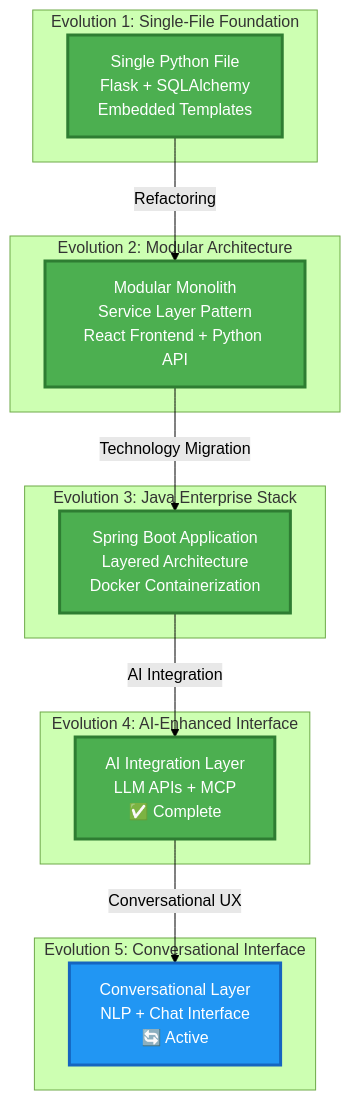
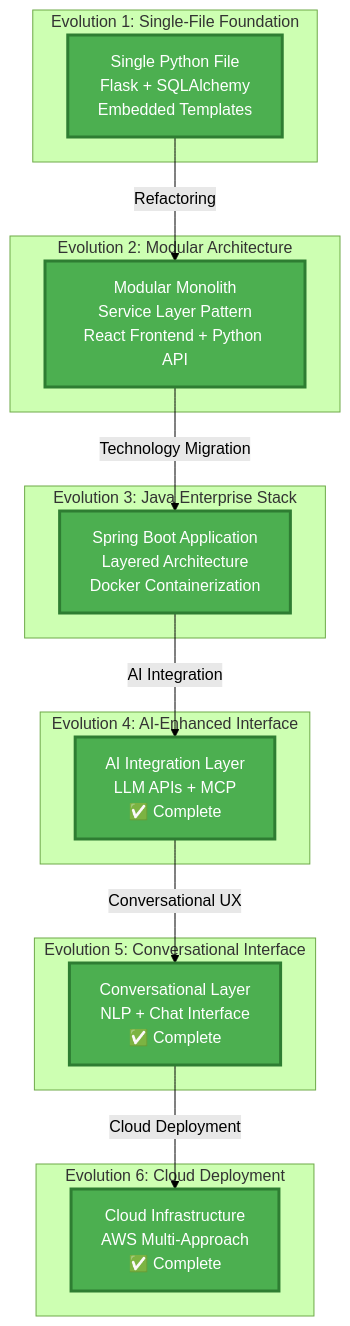
One commit to javiator/javiator.github.io changed the second of 2 diagrams in _pages/projects/tenant-management/index.md. Above: the diagram before and after it, drawn with Mermaid (forest theme). The commit also changed other lines of this file and 13 other files, not shown here.

Commit message:
feat(tenant-management): Add Evolution 6 post comparing 5 AWS cloud deployment approaches with supporting assets and navigation.

````diff
--- a/_pages/projects/tenant-management/index.md
+++ b/_pages/projects/tenant-management/index.md
@@ -59,36 +62,39 @@
 ```mermaid
 graph TB
     subgraph "Evolution 1: Single-File Foundation"
         A1[Single Python File<br/>Flask + SQLAlchemy<br/>Embedded Templates]
     end
     
     subgraph "Evolution 2: Modular Architecture"
         A2[Modular Monolith<br/>Service Layer Pattern<br/>React Frontend + Python API]
     end
     
     subgraph "Evolution 3: Java Enterprise Stack"
         A3[Spring Boot Application<br/>Layered Architecture<br/>Docker Containerization]
     end
     
     subgraph "Evolution 4: AI-Enhanced Interface"
         A4[AI Integration Layer<br/>LLM APIs + MCP<br/>✅ Complete]
     end
     
     subgraph "Evolution 5: Conversational Interface"
-        A5[Conversational Layer<br/>NLP + Chat Interface<br/>🔄 Active]
+        A5[Conversational Layer<br/>NLP + Chat Interface<br/>✅ Complete]
+    end
+    
+    subgraph "Evolution 6: Cloud Deployment"
+        A6[Cloud Infrastructure<br/>AWS Multi-Approach<br/>✅ Complete]
     end
     
     A1 -->|Refactoring| A2
     A2 -->|Technology Migration| A3
     A3 -->|AI Integration| A4
     A4 -->|Conversational UX| A5
+    A5 -->|Cloud Deployment| A6
     
     %% Styling
     classDef completed fill:#4caf50,stroke:#2e7d32,stroke-width:3px,color:#fff
     classDef active fill:#2196f3,stroke:#1565c0,stroke-width:3px,color:#fff
     classDef planned fill:#9e9e9e,stroke:#616161,stroke-width:3px,color:#fff
     
-    class A1,A2,A3 completed
-    class A1,A2,A3,A4 completed
-    class A5 active
+    class A1,A2,A3,A4,A5,A6 completed
 ```
````
